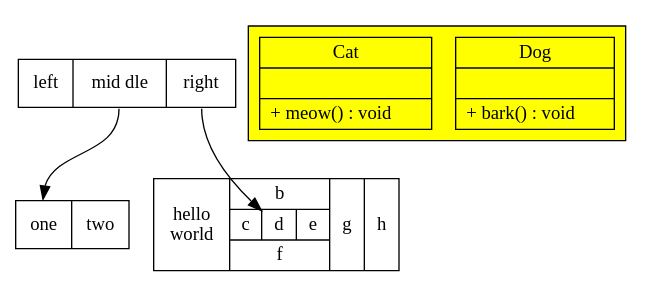
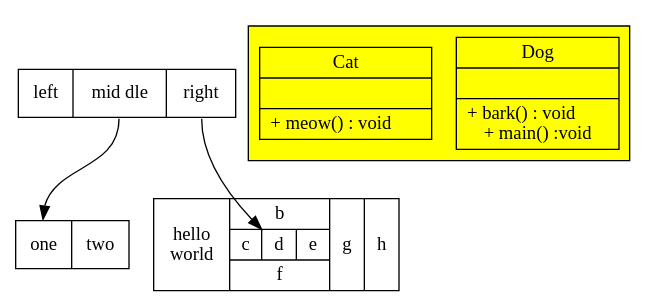
The sixth of 12 diagrams in other/graphviz.md (sisyphus1212/note), drawn with Graphviz before and after one commit.

Commit message:
auto_update

````diff
--- a/other/graphviz.md
+++ b/other/graphviz.md
@@ -77,16 +77,16 @@
 ```graphviz
 digraph structs {
     node[shape=record];
     graph[rankdir=TB];
         struct1[label="<f0> left|<f1> mid\ dle|<f2> right"];
     struct2[label="<f0> one|<f1> two"];
     struct3[label="hello\nworld |{ b |{c|<here> d|e}| f}| g | h"];
     struct1:f1 -> struct2:f0;
     struct1:f2 -> struct3:here;
     subgraph clusterAnimalImpl{
 		bgcolor = "yellow";
-		Dog[label = "{Dog| |+ bark() : void\l}" , shape = "record"];
+		Dog[label = "{Dog| |+ bark() : void\l + main() :void}" , shape = "record"];
 		Cat[label = "{Cat| |+ meow() : void\l}" , shape = "record"];
 	};
 }
 ```
````
